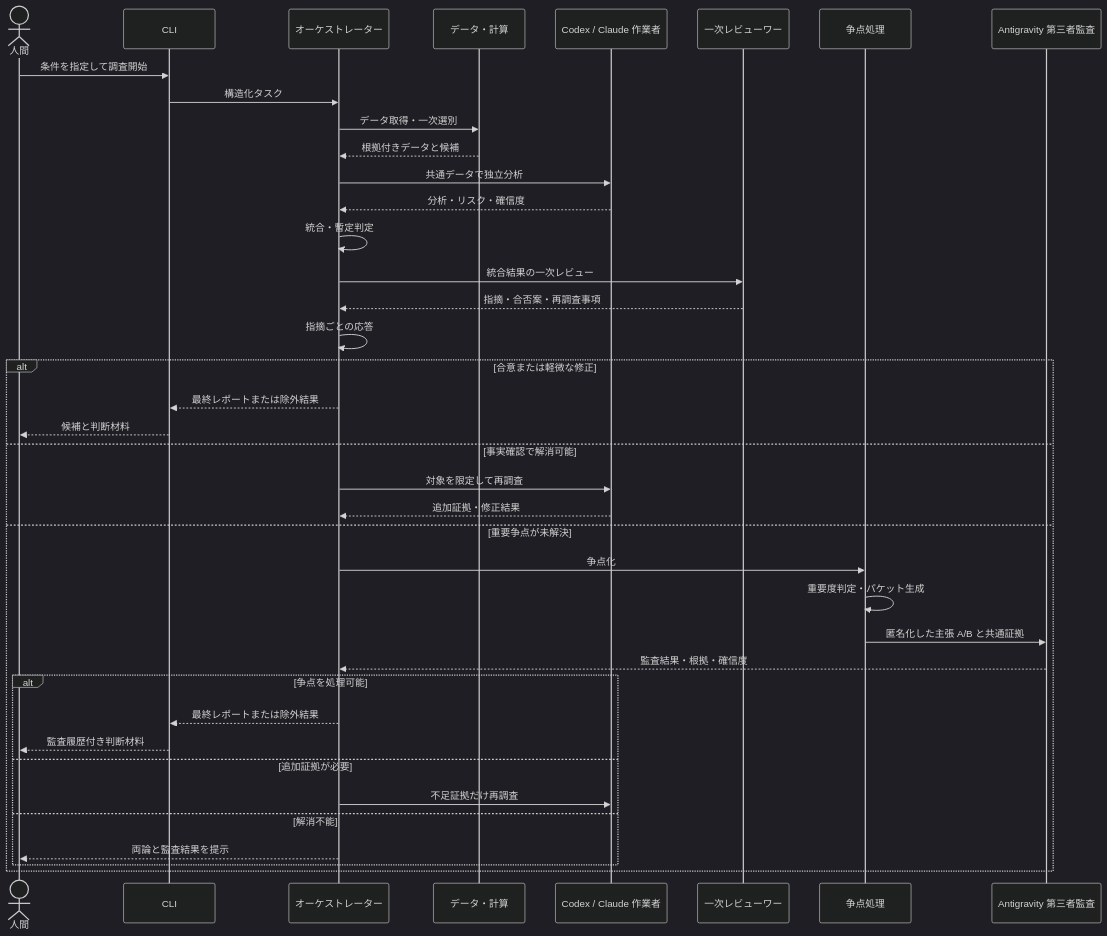
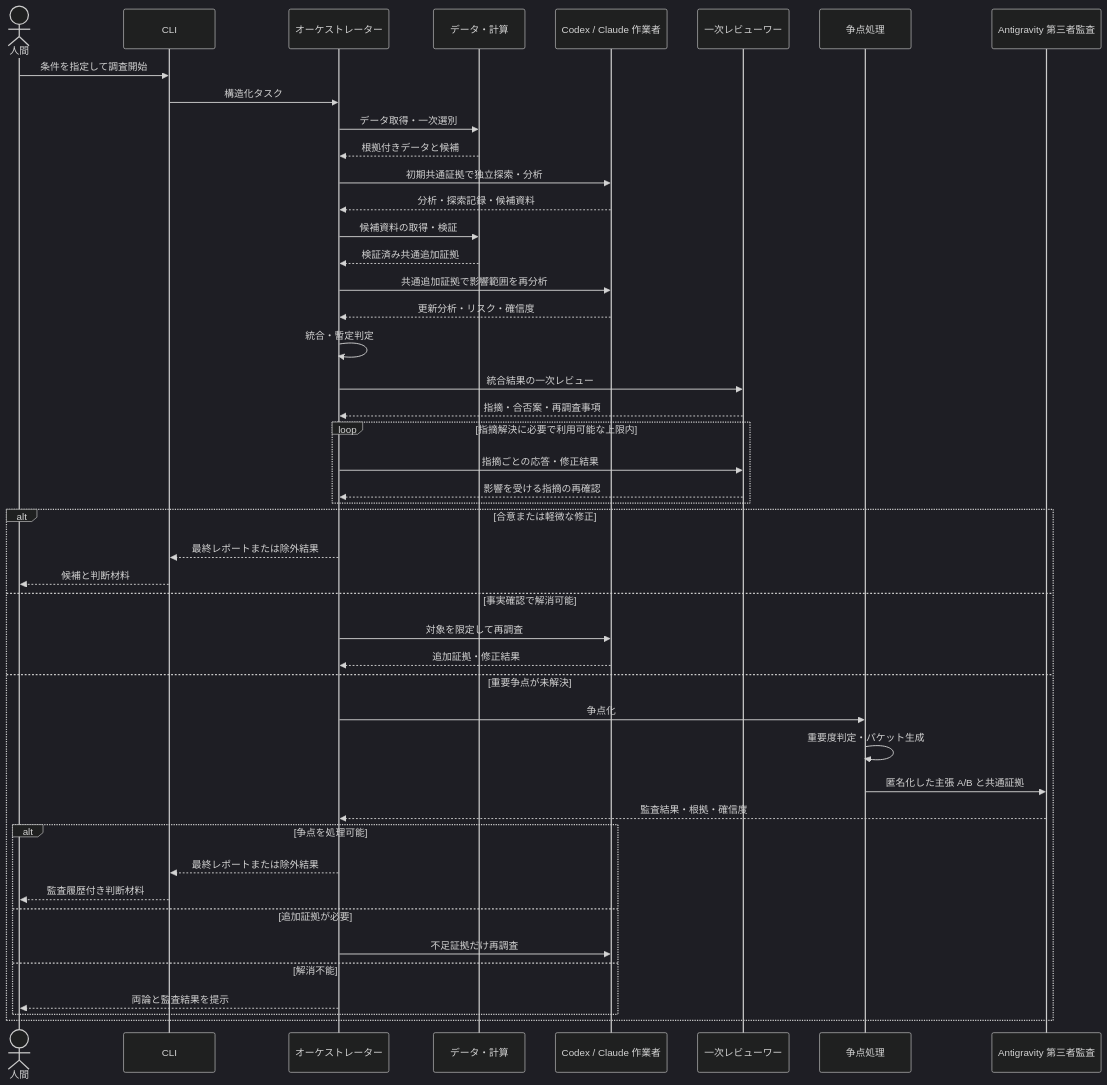
The third of 7 diagrams in docs/design/03-stock-research-system-architecture.md (toike08D17012/system-trade-with-llm-orchestrator), drawn with Mermaid (dark theme) before and after one commit. The commit also changed other lines of this file and 4 other files, not shown here.

````diff
--- a/docs/design/03-stock-research-system-architecture.md
+++ b/docs/design/03-stock-research-system-architecture.md
@@ -305,43 +305,50 @@
 ```mermaid
 sequenceDiagram
     actor Human as 人間
     participant CLI as CLI
     participant Orch as オーケストレーター
     participant Data as データ・計算
     participant Workers as Codex / Claude 作業者
     participant Reviewer as 一次レビューワー
     participant Dispute as 争点処理
     participant Antigravity as Antigravity 第三者監査
 
     Human->>CLI: 条件を指定して調査開始
     CLI->>Orch: 構造化タスク
     Orch->>Data: データ取得・一次選別
     Data-->>Orch: 根拠付きデータと候補
-    Orch->>Workers: 共通データで独立分析
-    Workers-->>Orch: 分析・リスク・確信度
+    Orch->>Workers: 初期共通証拠で独立探索・分析
+    Workers-->>Orch: 分析・探索記録・候補資料
+    Orch->>Data: 候補資料の取得・検証
+    Data-->>Orch: 検証済み共通追加証拠
+    Orch->>Workers: 共通追加証拠で影響範囲を再分析
+    Workers-->>Orch: 更新分析・リスク・確信度
     Orch->>Orch: 統合・暫定判定
     Orch->>Reviewer: 統合結果の一次レビュー
     Reviewer-->>Orch: 指摘・合否案・再調査事項
-    Orch->>Orch: 指摘ごとの応答
+    loop 指摘解決に必要で利用可能な上限内
+        Orch->>Reviewer: 指摘ごとの応答・修正結果
+        Reviewer-->>Orch: 影響を受ける指摘の再確認
+    end
 
     alt 合意または軽微な修正
         Orch-->>CLI: 最終レポートまたは除外結果
         CLI-->>Human: 候補と判断材料
     else 事実確認で解消可能
         Orch->>Workers: 対象を限定して再調査
         Workers-->>Orch: 追加証拠・修正結果
     else 重要争点が未解決
         Orch->>Dispute: 争点化
         Dispute->>Dispute: 重要度判定・パケット生成
         Dispute->>Antigravity: 匿名化した主張 A/B と共通証拠
         Antigravity-->>Orch: 監査結果・根拠・確信度
         alt 争点を処理可能
             Orch-->>CLI: 最終レポートまたは除外結果
             CLI-->>Human: 監査履歴付き判断材料
         else 追加証拠が必要
             Orch->>Workers: 不足証拠だけ再調査
         else 解消不能
             Orch-->>Human: 両論と監査結果を提示
         end
     end
 ```
````
